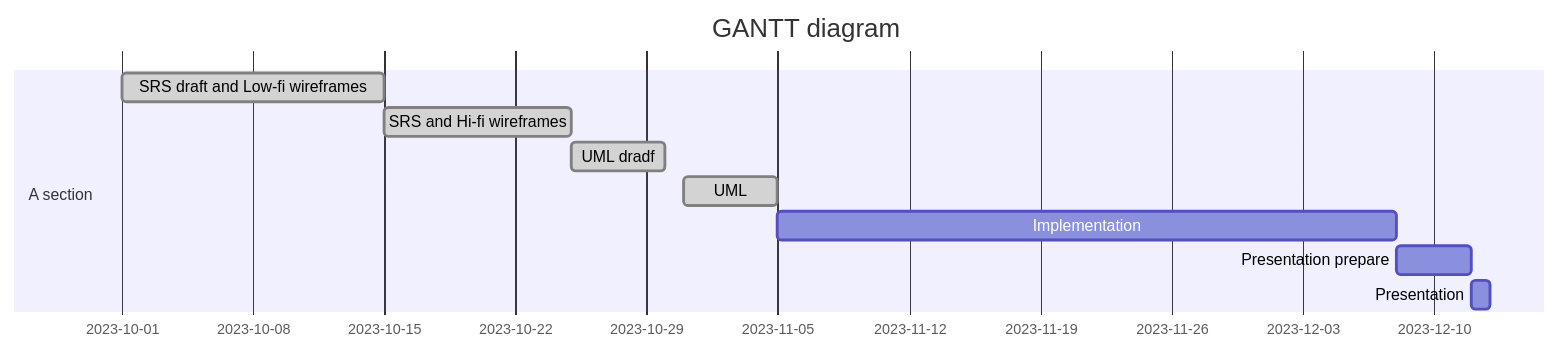
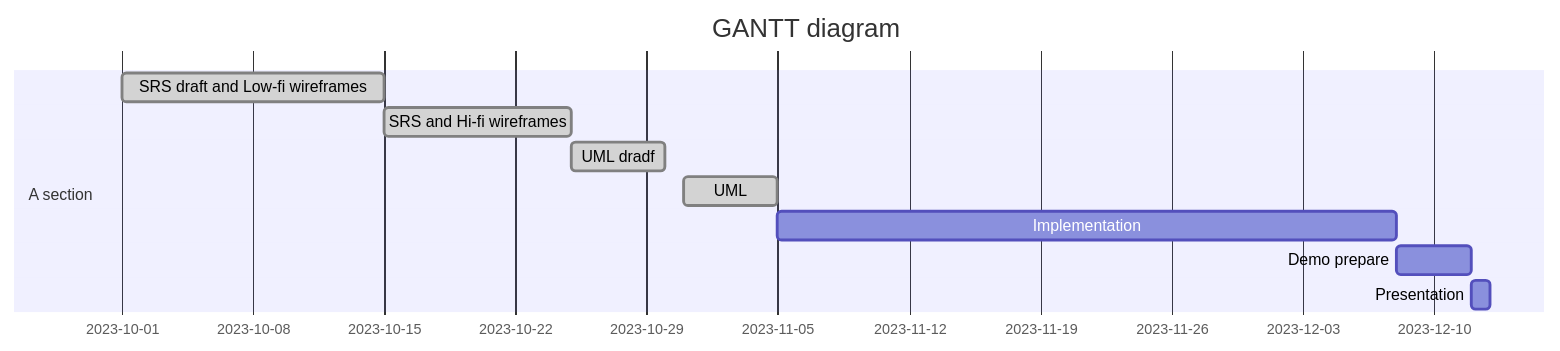
Before and after one commit to CS5520-Seattle-Fall23/finalproject-fantastic-four: the third of 3 diagrams in README.md, drawn with Mermaid.

````diff
--- a/README.md
+++ b/README.md
@@ -181,14 +181,14 @@
 ```mermaid
 gantt
 dateFormat  YYYY-MM-DD
 title  GANTT diagram
 
 section A section
 SRS draft and Low-fi wireframes    :done,    des1, 2023-10-01,2023-10-15
 SRS and Hi-fi wireframes      :done,    des2, 2023-10-15,2023-10-25
 UML dradf                     :done,    des3, 2023-10-25,2023-10-30
 UML                            :done,  des4, 2023-10-31, 5d
 Implementation               : des5, after des4, 33d
-Presentation prepare              : des6, after des5, 4d
+Demo prepare              : des6, after des5, 4d
 Presentation			: des7, after des6, 1d
 ```
````
